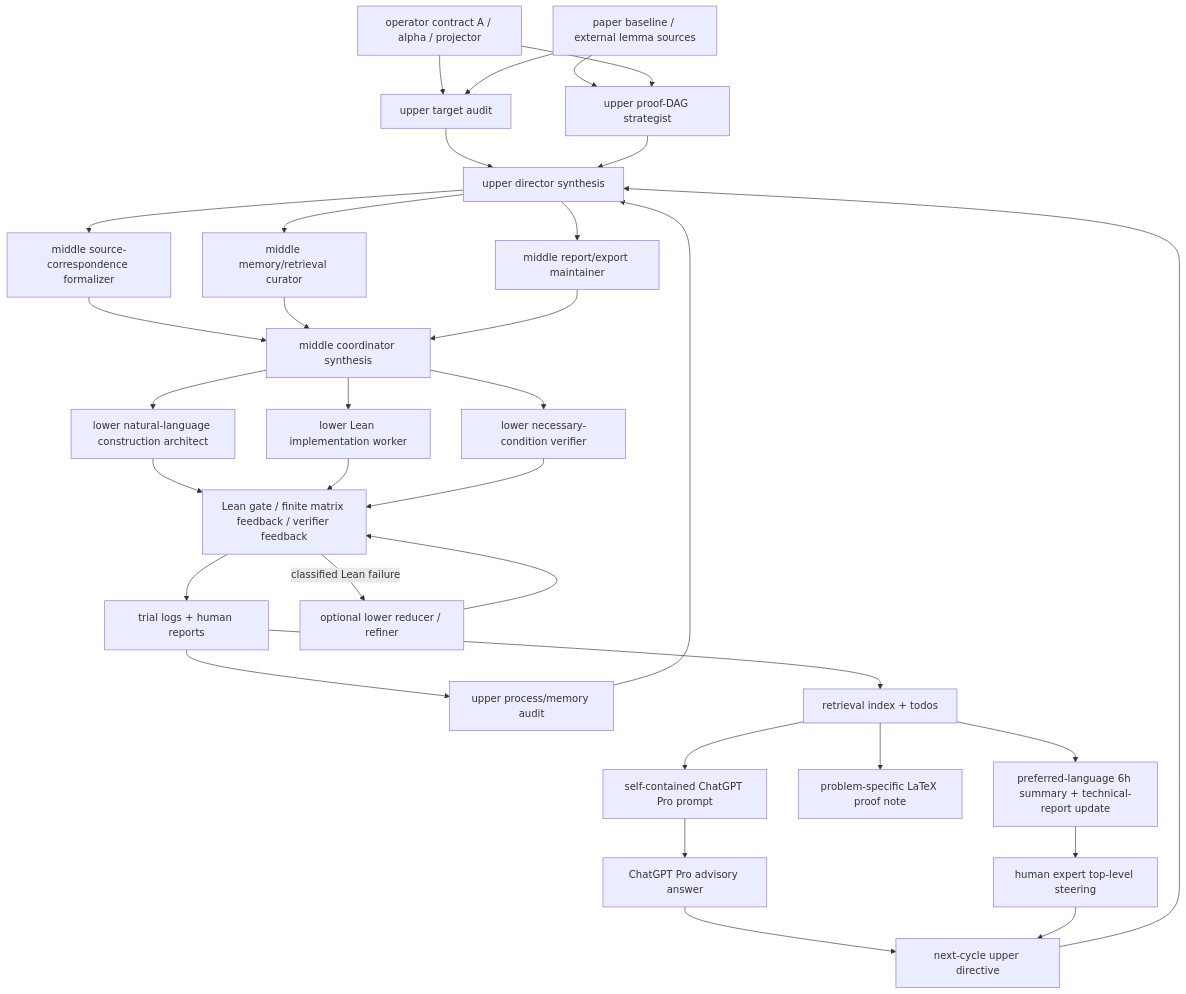
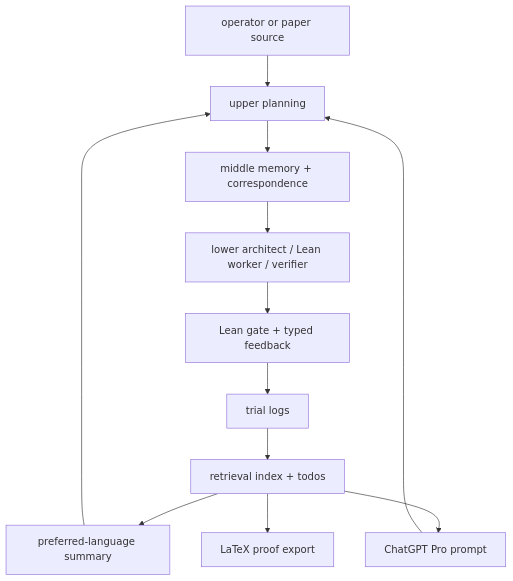
One commit to DakeBU/Quantum-Computing-Block-Encoding changed the second of 2 diagrams in README.md. Above: the diagram before and after it, drawn with Mermaid. The commit also changed other lines of this file, not shown here.

Commit message:
Improve ABEIS memory refresh and verifier feedback docs

````diff
--- a/README.md
+++ b/README.md
@@ -310,35 +224,14 @@
 ```mermaid
 flowchart TD
-  A["operator contract A / alpha / projector"] --> B["upper target audit"]
-  S["paper baseline / external lemma sources"] --> B
-  S --> C["upper proof-DAG strategist"]
-  A --> C["upper proof-DAG strategist"]
-  J["trial logs + human reports"] --> D["upper process/memory audit"]
-  B --> E["upper director synthesis"]
-  C --> E
-  D --> E
-  E --> F["middle source-correspondence formalizer"]
-  E --> G["middle memory/retrieval curator"]
-  E --> H["middle report/export maintainer"]
-  F --> I["middle coordinator synthesis"]
-  G --> I
-  H --> I
-  I --> M["lower natural-language construction architect"]
-  I --> N["lower Lean implementation worker"]
-  I --> P["lower necessary-condition verifier"]
-  M --> O["Lean gate / finite matrix feedback / verifier feedback"]
-  N --> O
-  P --> O
-  O -->|classified Lean failure| R["optional lower reducer / refiner"]
-  R --> O
-  O --> J
-  J --> K["retrieval index + todos"]
-  K --> L["preferred-language 6h summary + technical-report update"]
-  K --> W["problem-specific LaTeX proof note"]
-  K --> Q["self-contained ChatGPT Pro prompt"]
-  Q --> X["ChatGPT Pro advisory answer"]
-  L --> Y["human expert top-level steering"]
-  X --> Z["next-cycle upper directive"]
-  Y --> Z
-  Z --> E
+  A["operator or paper source"] --> B["upper planning"]
+  B --> C["middle memory + correspondence"]
+  C --> D["lower architect / Lean worker / verifier"]
+  D --> E["Lean gate + typed feedback"]
+  E --> F["trial logs"]
+  F --> G["retrieval index + todos"]
+  G --> H["preferred-language summary"]
+  G --> I["ChatGPT Pro prompt"]
+  G --> J["LaTeX proof export"]
+  H --> B
+  I --> B
 ```
````
